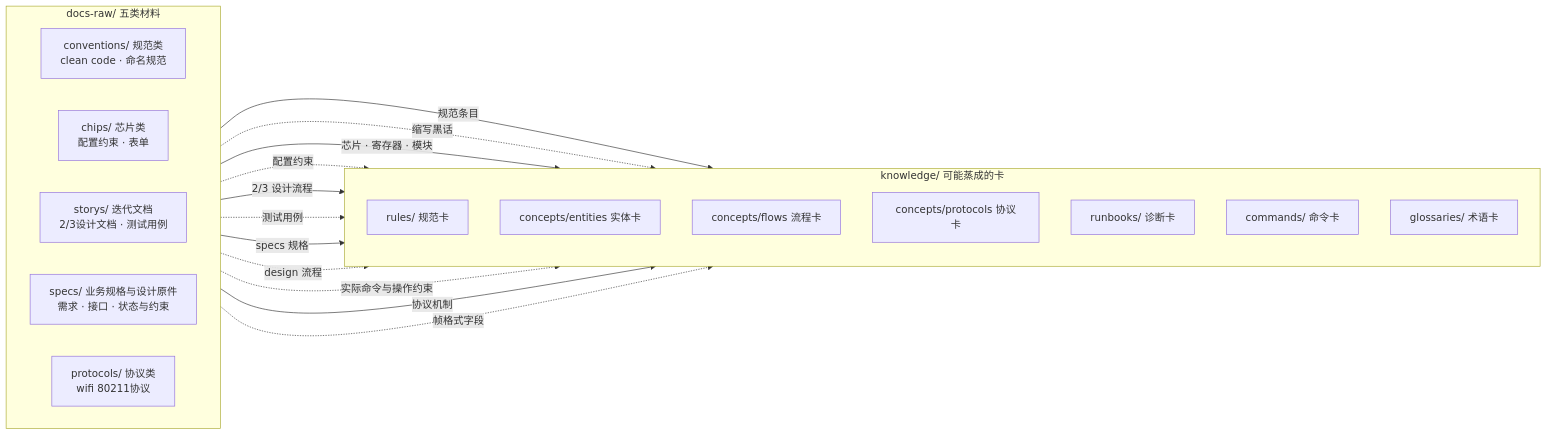
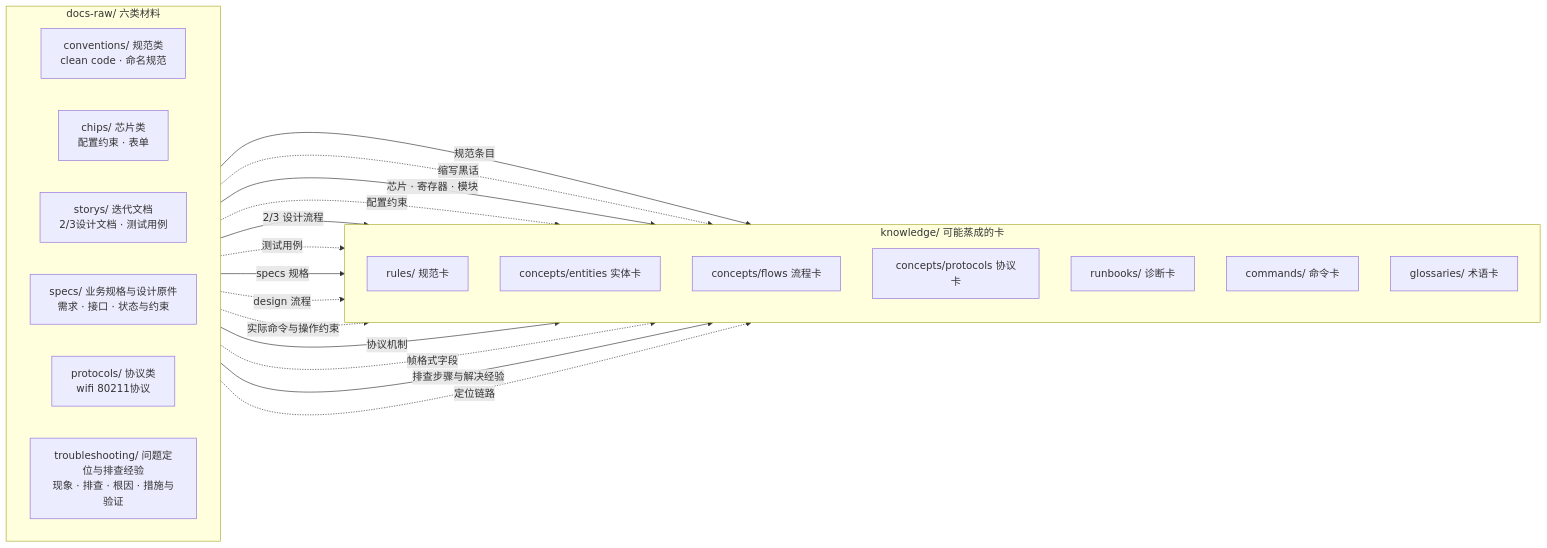
One commit to Robin-hhc/FactumCore changed the fourth of 7 diagrams in himate-knowledge-wifi-mp/docs-llm-wiki/HiMate知识库架构设计.md. Above: the diagram before and after it, drawn with Mermaid. The commit also changed other lines of this file and 25 other files, not shown here.

Commit message:
feat: add troubleshooting raw source category

````diff
--- a/himate-knowledge-wifi-mp/docs-llm-wiki/HiMate知识库架构设计.md
+++ b/himate-knowledge-wifi-mp/docs-llm-wiki/HiMate知识库架构设计.md
@@ -329,34 +330,37 @@
 ```mermaid
 flowchart LR
-    subgraph M["docs-raw/ 五类材料"]
+    subgraph M["docs-raw/ 六类材料"]
         direction LR
         A1["conventions/ 规范类<br />clean code · 命名规范"]
         A2["chips/ 芯片类<br />配置约束 · 表单"]
         A3["storys/ 迭代文档<br />2/3设计文档 · 测试用例"]
         A4["specs/ 业务规格与设计原件<br />需求 · 接口 · 状态与约束"]
         A5["protocols/ 协议类<br />wifi 80211协议"]
+        A6["troubleshooting/ 问题定位与排查经验<br />现象 · 排查 · 根因 · 措施与验证"]
     end
 
     subgraph K["knowledge/ 可能蒸成的卡"]
         direction TB
         K1["rules/ 规范卡"]
         K2["concepts/entities 实体卡"]
         K3["concepts/flows 流程卡"]
         K4["concepts/protocols 协议卡"]
         K5["runbooks/ 诊断卡"]
         K6["commands/ 命令卡"]
         K7["glossaries/ 术语卡"]
     end
 
     A1 -->|"规范条目"| K1
     A1 -.->|"缩写黑话"| K7
     A2 -->|"芯片 · 寄存器 · 模块"| K2
     A2 -.->|"配置约束"| K1
     A3 -->|"2/3 设计流程"| K3
     A3 -.->|"测试用例"| K5
     A4 -->|"specs 规格"| K1
     A4 -.->|"design 流程"| K3
     A4 -.->|"实际命令与操作约束"| K6
     A5 -->|"协议机制"| K4
     A5 -.->|"帧格式字段"| K2
+    A6 -->|"排查步骤与解决经验"| K5
+    A6 -.->|"定位链路"| K3
 ```
````
